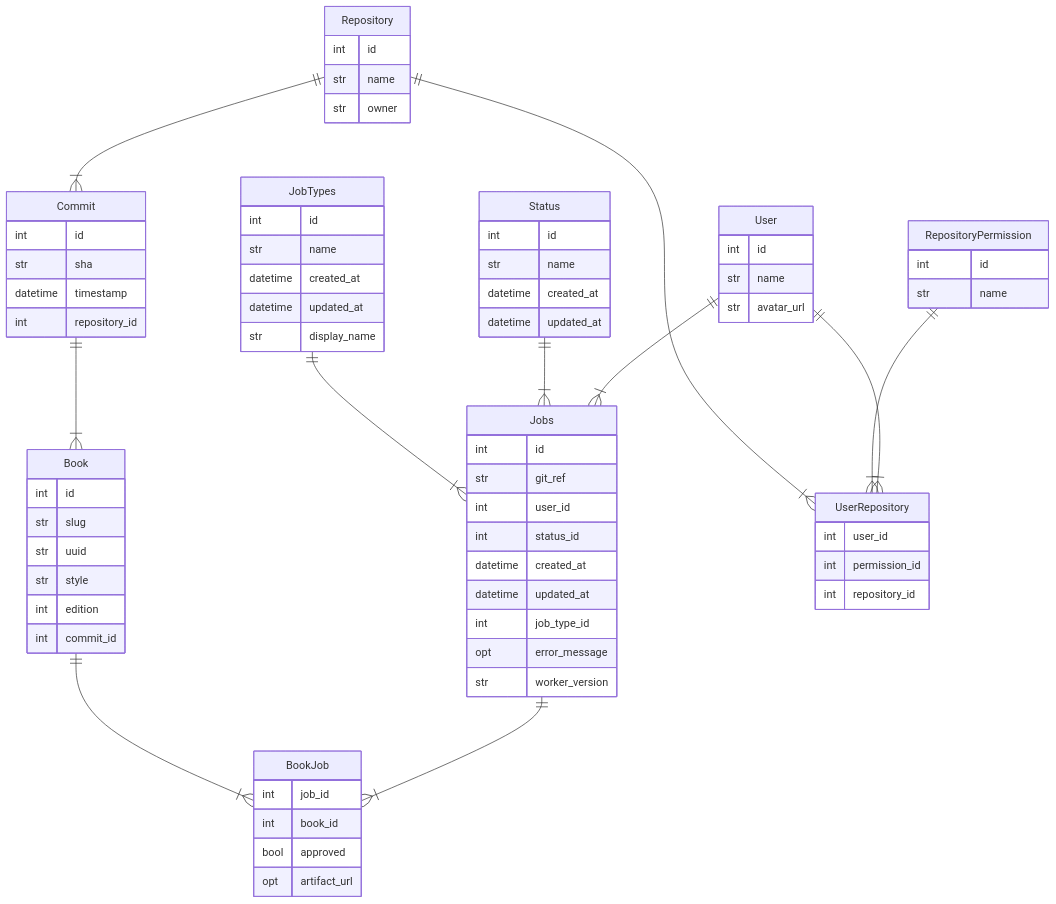
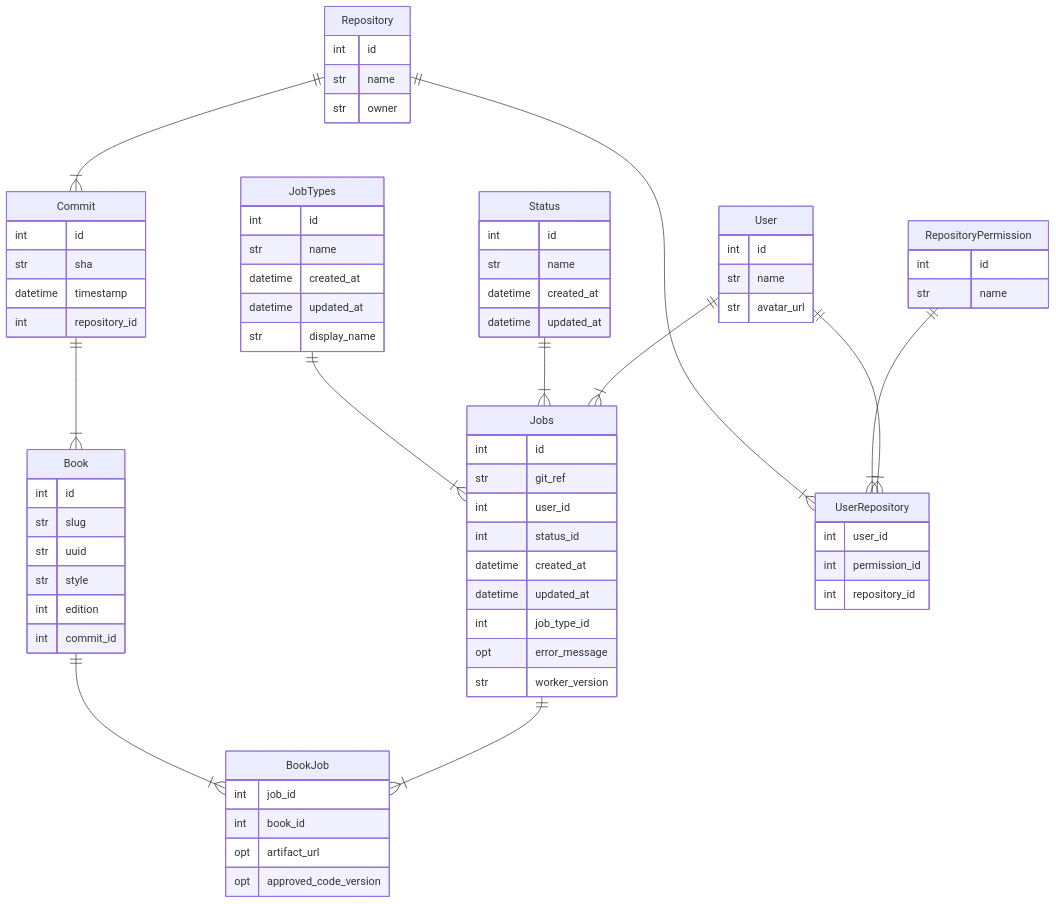
One commit to openstax/corgi changed the diagram in README.md. Above: the diagram before and after it, drawn with Mermaid. The commit also changed 13 other files, not shown here.

````diff
--- a/README.md
+++ b/README.md
@@ -361,76 +361,76 @@
 ```mermaid
 erDiagram
     Book {
         int id
         str slug
         str uuid
         str style
         int edition
         int commit_id
     }
     BookJob {
         int job_id
         int book_id
-        bool approved
         opt artifact_url
+        opt approved_code_version
     }
     Commit {
         int id
         str sha
         datetime timestamp
         int repository_id
     }
     JobTypes {
         int id
         str name
         datetime created_at
         datetime updated_at
         str display_name
     }
     Jobs {
         int id
         str git_ref
         int user_id
         int status_id
         datetime created_at
         datetime updated_at
         int job_type_id
         opt error_message
         str worker_version
     }
     Repository {
         int id
         str name
         str owner
     }
     RepositoryPermission {
         int id
         str name
     }
     Status {
         int id
         str name
         datetime created_at
         datetime updated_at
     }
     User {
         int id
         str name
         str avatar_url
     }
     UserRepository {
         int user_id
         int permission_id
         int repository_id
     }
     Commit ||--|{ Book : ""
     Book ||--|{ BookJob : ""
     Jobs ||--|{ BookJob : ""
     Repository ||--|{ Commit : ""
     JobTypes ||--|{ Jobs : ""
     Status ||--|{ Jobs : ""
     User ||--|{ Jobs : ""
     Repository ||--|{ UserRepository : ""
     RepositoryPermission ||--|{ UserRepository : ""
     User ||--|{ UserRepository : ""
 ```
````
